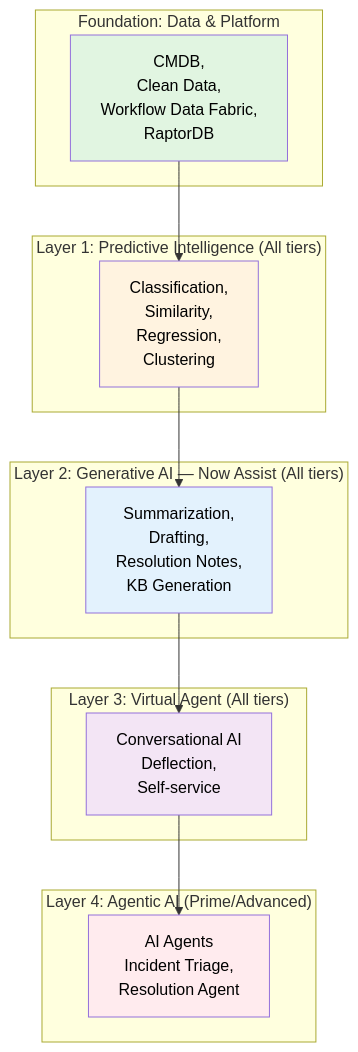
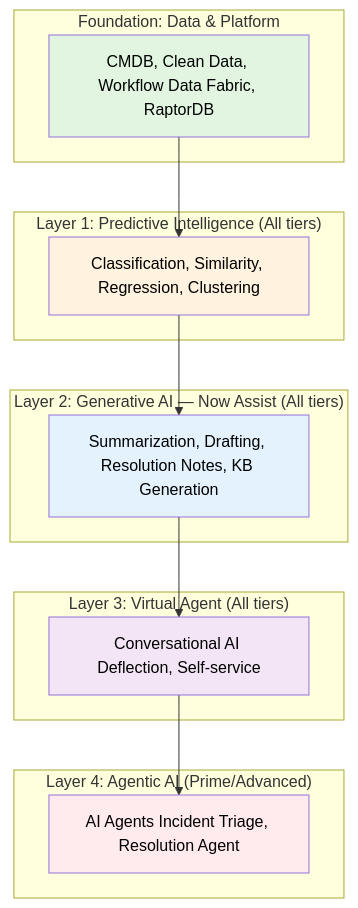
Before and after one commit to eltonaguiar/ServiceNow_Learning_TSOM-_CSM_FSM_SalesCRM_HAM_ITSM: the first of 6 diagrams in docs/modules/ai/ai-guide.md, drawn with Mermaid. The commit also changed other lines of this file and 11 other files, not shown here.

First line of the commit message:
Fix all mermaid diagrams: remove br/ tags that break rendering on GitHub Pages

````diff
--- a/docs/modules/ai/ai-guide.md
+++ b/docs/modules/ai/ai-guide.md
@@ -129,29 +129,29 @@
 ```mermaid
 graph TD
     subgraph "Layer 4: Agentic AI (Prime/Advanced)"
-        A[AI Agents<br/>Incident Triage,<br>Resolution Agent]
+        A[AI Agents Incident Triage, Resolution Agent]
     end
     subgraph "Layer 3: Virtual Agent (All tiers)"
-        B[Conversational AI<br/>Deflection,<br>Self-service]
+        B[Conversational AI Deflection, Self-service]
     end
     subgraph "Layer 2: Generative AI — Now Assist (All tiers)"
-        C[Summarization,<br>Drafting,<br>Resolution Notes,<br>KB Generation]
+        C[Summarization, Drafting, Resolution Notes, KB Generation]
     end
     subgraph "Layer 1: Predictive Intelligence (All tiers)"
-        D[Classification,<br>Similarity,<br>Regression,<br>Clustering]
+        D[Classification, Similarity, Regression, Clustering]
     end
     subgraph "Foundation: Data & Platform"
-        E[CMDB,<br>Clean Data,<br>Workflow Data Fabric,<br>RaptorDB]
+        E[CMDB, Clean Data, Workflow Data Fabric, RaptorDB]
     end
 
     E --> D
     D --> C
     C --> B
     B --> A
 
     style E fill:#e1f5e1,color:#000
     style D fill:#fff3e0,color:#000
     style C fill:#e3f2fd,color:#000
     style B fill:#f3e5f5,color:#000
     style A fill:#ffebee,color:#000
 ```
````
